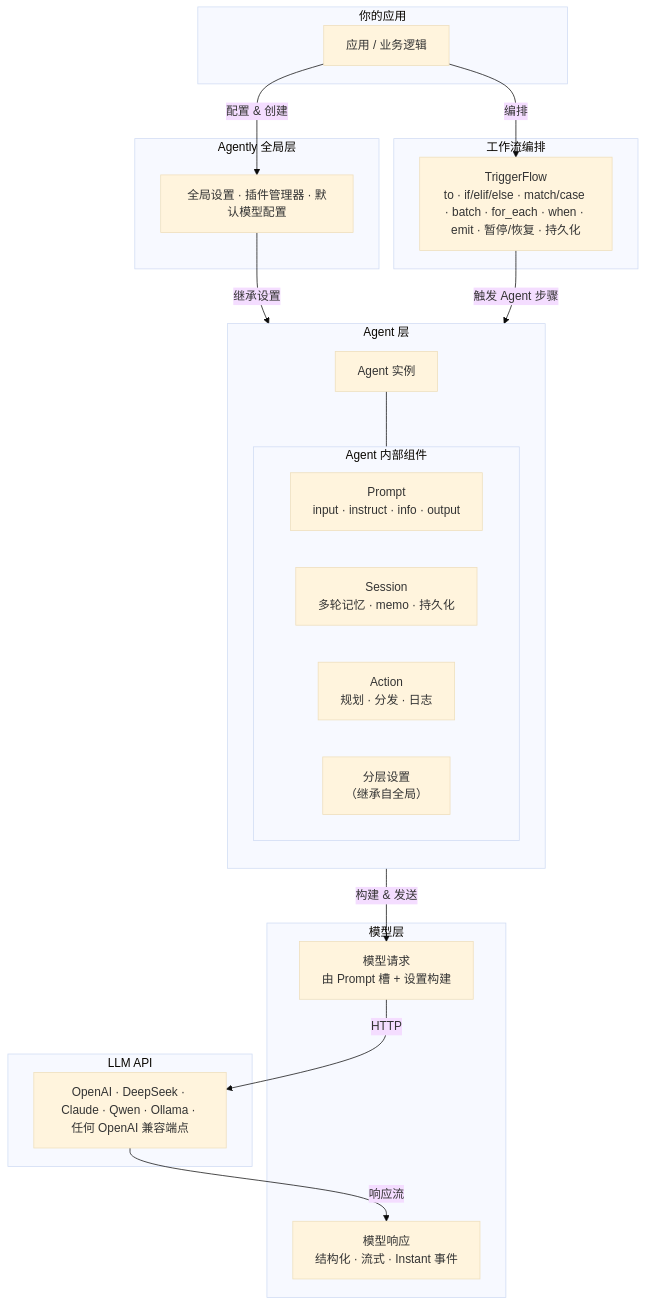
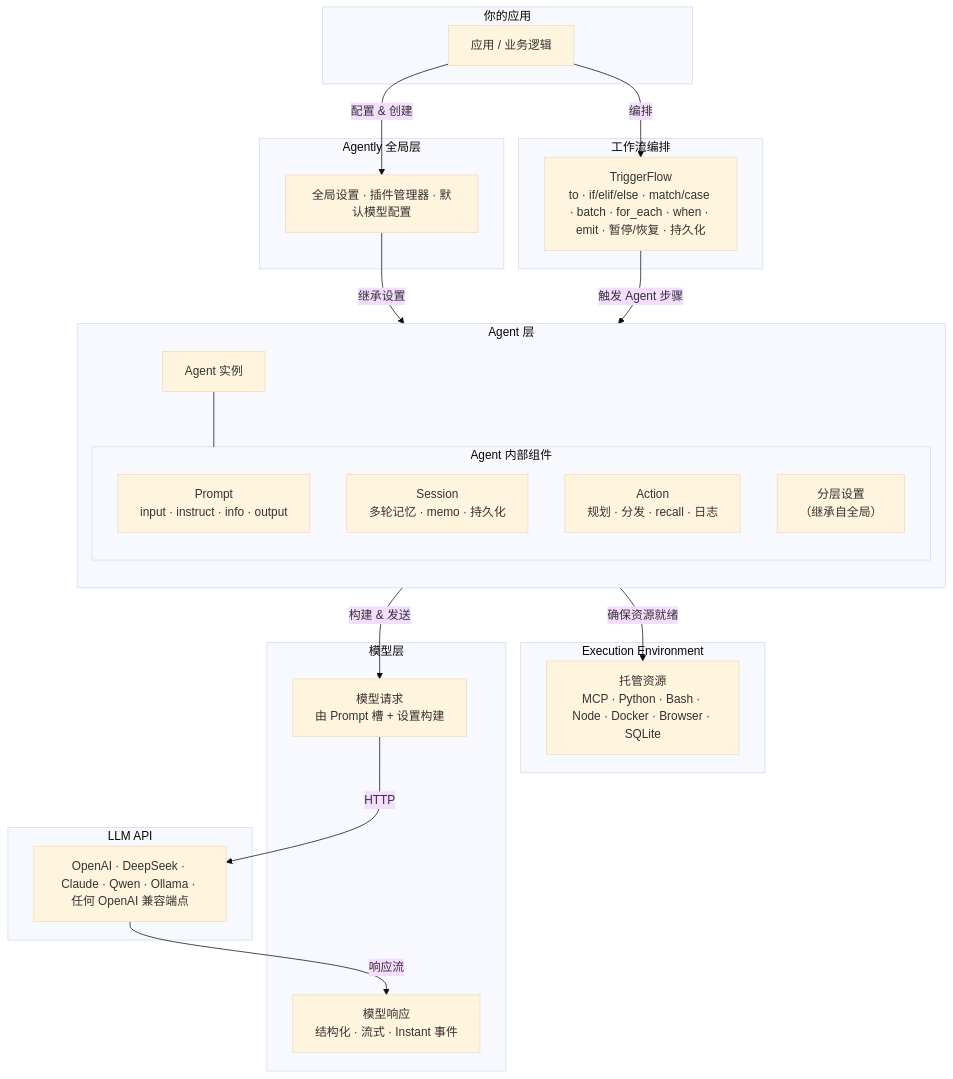
Before and after one commit to bit-cook/Agently: the first of 5 diagrams in README_CN.md, drawn with Mermaid (base theme). The commit also changed other lines of this file and 5 other files, not shown here.

````diff
--- a/README_CN.md
+++ b/README_CN.md
@@ -61,43 +62,48 @@
 ```mermaid
 graph TB
     subgraph APP["你的应用"]
         UserCode["应用 / 业务逻辑"]
     end
 
     subgraph GLOBAL["Agently 全局层"]
         Global["全局设置 · 插件管理器 · 默认模型配置"]
     end
 
     subgraph AGENT["Agent 层"]
         direction TB
         AgentInst["Agent 实例"]
         subgraph AGENT_INNER["Agent 内部组件"]
             Prompt["Prompt\ninput · instruct · info · output"]
             Session["Session\n多轮记忆 · memo · 持久化"]
-            Action["Action\n规划 · 分发 · 日志"]
+            Action["Action\n规划 · 分发 · recall · 日志"]
             Settings2["分层设置\n（继承自全局）"]
         end
+    end
+
+    subgraph EXEC_ENV["Execution Environment"]
+        Env["托管资源\nMCP · Python · Bash · Node · Docker · Browser · SQLite"]
     end
 
     subgraph MODEL["模型层"]
         ModelReq["模型请求\n由 Prompt 槽 + 设置构建"]
         ModelResp["模型响应\n结构化 · 流式 · Instant 事件"]
     end
 
     subgraph WORKFLOW["工作流编排"]
         TF["TriggerFlow\nto · if/elif/else · match/case · batch · for_each · when · emit · 暂停/恢复 · 持久化"]
     end
 
     subgraph LLMS["LLM API"]
         LLMAPIs["OpenAI · DeepSeek · Claude · Qwen · Ollama · 任何 OpenAI 兼容端点"]
     end
 
     UserCode -->|"配置 & 创建"| Global
     Global -->|"继承设置"| AgentInst
     AgentInst --- AGENT_INNER
     AgentInst -->|"构建 & 发送"| ModelReq
+    Action -->|"确保资源就绪"| Env
     ModelReq -->|"HTTP"| LLMAPIs
     LLMAPIs -->|"响应流"| ModelResp
     UserCode -->|"编排"| TF
     TF -->|"触发 Agent 步骤"| AgentInst
 ```
````
